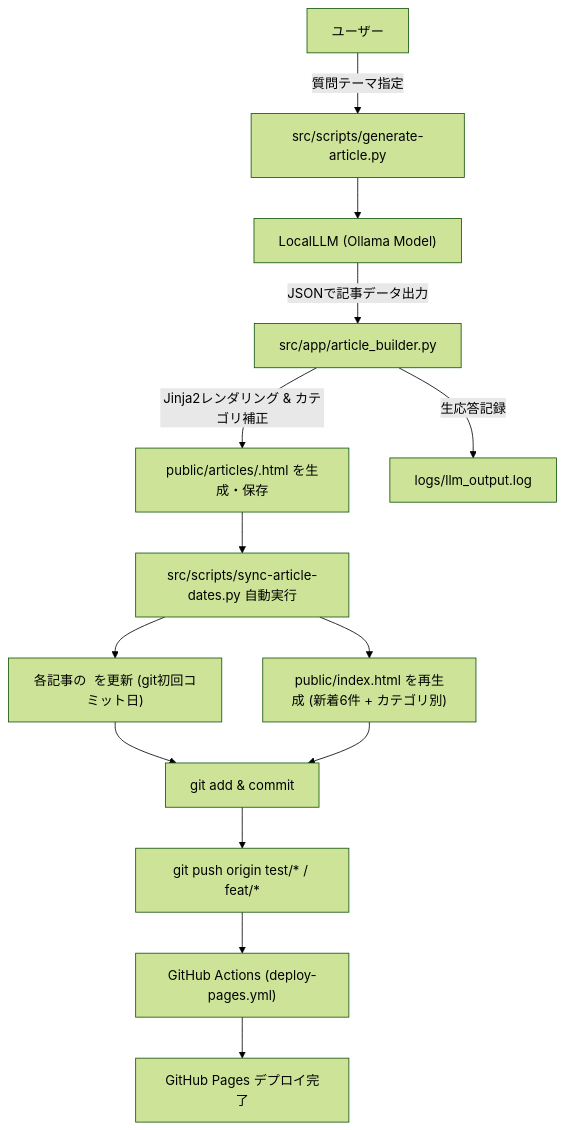
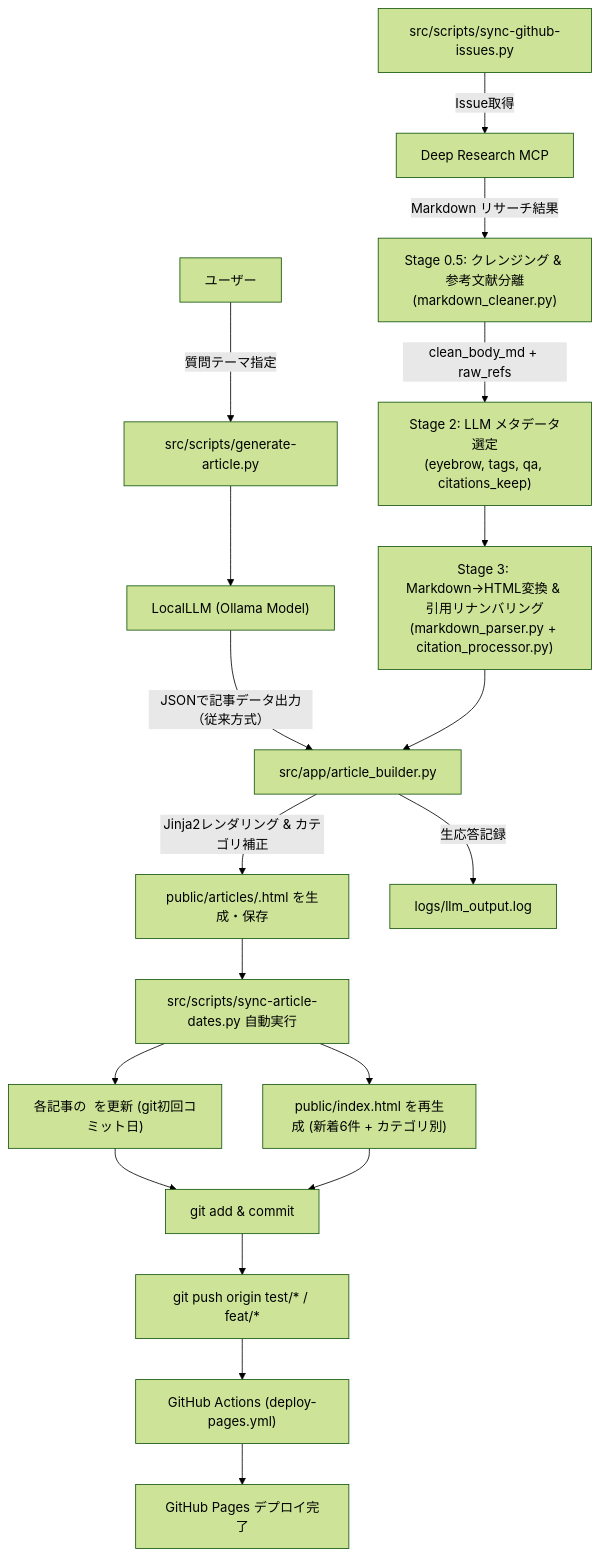
The first of 2 diagrams in docs/design/KNB-BD-001_基本設計書.md (xzyozi/knowage-bank), drawn with Mermaid (forest theme) before and after one commit. The commit also changed other lines of this file and 7 other files, not shown here.

````diff
--- a/docs/design/KNB-BD-001_基本設計書.md
+++ b/docs/design/KNB-BD-001_基本設計書.md
@@ -101,21 +107,28 @@
 ```mermaid
 flowchart TD
     User["ユーザー"] -->|質問テーマ指定| GenScript["src/scripts/generate-article.py"]
     GenScript --> LocalLLM["LocalLLM (Ollama Model)"]
-    LocalLLM -->|JSONで記事データ出力| Builder["src/app/article_builder.py"]
+    
+    LocalLLM -->|JSONで記事データ出力（従来方式）| Builder["src/app/article_builder.py"]
+    
+    IssueSync["src/scripts/sync-github-issues.py"] -->|Issue取得| MCP["Deep Research MCP"]
+    MCP -->|Markdown リサーチ結果| Stage05["Stage 0.5: クレンジング & 参考文献分離\n(markdown_cleaner.py)"]
+    Stage05 -->|clean_body_md + raw_refs| LLMMeta["Stage 2: LLM メタデータ選定\n(eyebrow, tags, qa, citations_keep)"]
+    LLMMeta --> Stage3["Stage 3: Markdown→HTML変換 & 引用リナンバリング\n(markdown_parser.py + citation_processor.py)"]
+    Stage3 --> Builder
     
     Builder -->|Jinja2レンダリング & カテゴリ補正| GenHTML["public/articles/<slug>.html を生成・保存"]
     Builder -->|生応答記録| LLMLog["logs/llm_output.log"]
     
     GenHTML --> SyncScript["src/scripts/sync-article-dates.py 自動実行"]
     
     SyncScript --> UpdateTime["各記事の <time> を更新 (git初回コミット日)"]
     SyncScript --> GenIndex["public/index.html を再生成 (新着6件 + カテゴリ別)"]
     
     UpdateTime --> GitCommit["git add & commit"]
     GenIndex --> GitCommit
     
     GitCommit --> GitPush["git push origin test/* / feat/*"]
     GitPush --> GHActions["GitHub Actions (deploy-pages.yml)"]
     GHActions --> GHPages["GitHub Pages デプロイ完了"]
 ```
````
